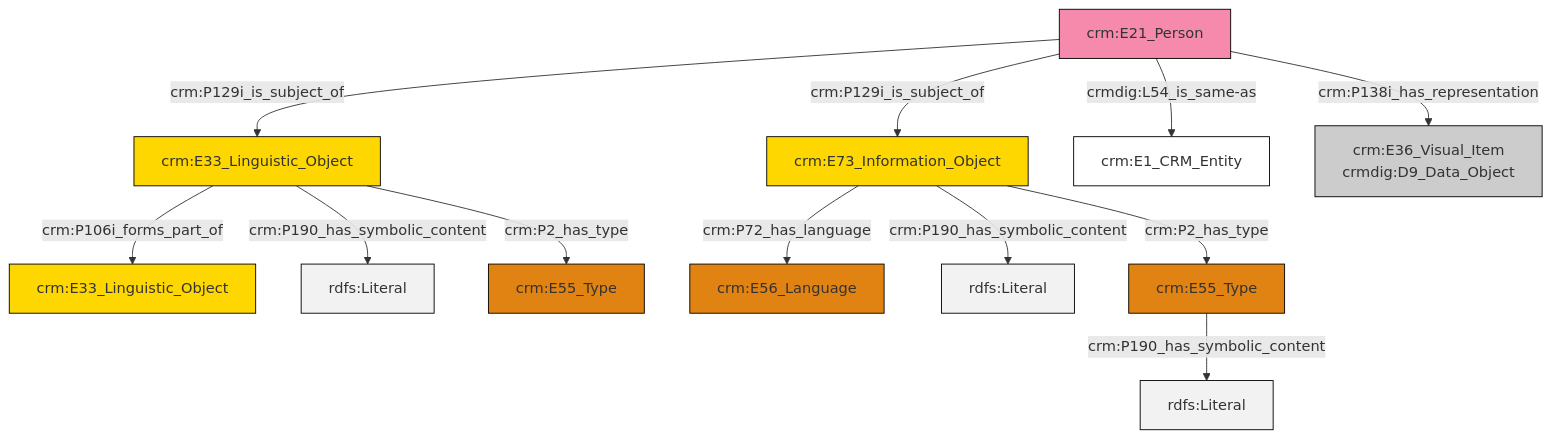
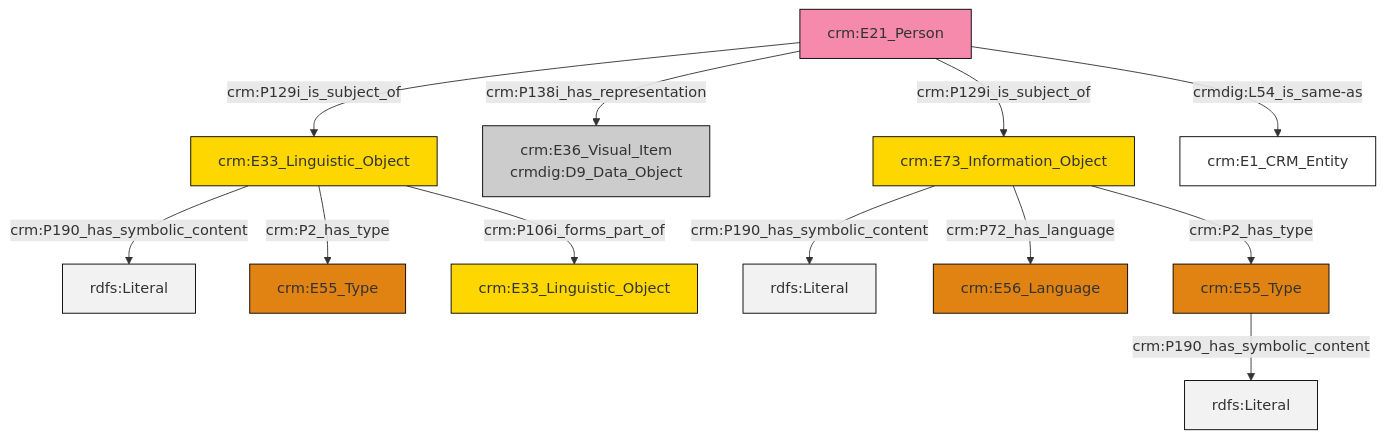
One commit to swiss-art-research-net/reference-data-models changed the diagram in et/personCSV/ttl/mmd/Person_Documentation.ttl.mmd. Above: the diagram before and after it, drawn with Mermaid. The commit also changed 124 other files, not shown here.

```diff
--- a/et/personCSV/ttl/mmd/Person_Documentation.ttl.mmd
+++ b/et/personCSV/ttl/mmd/Person_Documentation.ttl.mmd
@@ -1,26 +1,26 @@
 graph TD
 classDef Literal fill:#f2f2f2,stroke:#000000;
 classDef CRM_Entity fill:#FFFFFF,stroke:#000000;
 classDef Temporal_Entity fill:#00C9E6, stroke:#000000;
 classDef Type fill:#E18312, stroke:#000000;
 classDef Time-Span fill:#2C9C91, stroke:#000000;
 classDef Appellation fill:#FFEB7F, stroke:#000000;
 classDef Place fill:#008836, stroke:#000000;
 classDef Persistent_Item fill:#B266B2, stroke:#000000;
 classDef Conceptual_Object fill:#FFD700, stroke:#000000;
 classDef Physical_Thing fill:#D2B48C, stroke:#000000;
 classDef Actor fill:#f58aad, stroke:#000000;
 classDef PC_Classes fill:#4ce600, stroke:#000000;
 classDef Multi fill:#cccccc,stroke:#000000;
 
-0["crm:E55_Type"]:::Type -->|crm:P190_has_symbolic_content| 1[rdfs:Literal]:::Literal
-4["crm:E33_Linguistic_Object"]:::Conceptual_Object -->|crm:P106i_forms_part_of| 5["crm:E33_Linguistic_Object"]:::Conceptual_Object
-6["crm:E73_Information_Object"]:::Conceptual_Object -->|crm:P72_has_language| 7["crm:E56_Language"]:::Type
-4["crm:E33_Linguistic_Object"]:::Conceptual_Object -->|crm:P190_has_symbolic_content| 14[rdfs:Literal]:::Literal
-6["crm:E73_Information_Object"]:::Conceptual_Object -->|crm:P190_has_symbolic_content| 15[rdfs:Literal]:::Literal
-9["crm:E21_Person"]:::Actor -->|crm:P129i_is_subject_of| 4["crm:E33_Linguistic_Object"]:::Conceptual_Object
-6["crm:E73_Information_Object"]:::Conceptual_Object -->|crm:P2_has_type| 0["crm:E55_Type"]:::Type
-9["crm:E21_Person"]:::Actor -->|crm:P129i_is_subject_of| 6["crm:E73_Information_Object"]:::Conceptual_Object
-9["crm:E21_Person"]:::Actor -->|crmdig:L54_is_same-as| 18["crm:E1_CRM_Entity"]:::CRM_Entity
-9["crm:E21_Person"]:::Actor -->|crm:P138i_has_representation| 2["crm:E36_Visual_Item<br>crmdig:D9_Data_Object"]:::Multi
-4["crm:E33_Linguistic_Object"]:::Conceptual_Object -->|crm:P2_has_type| 12["crm:E55_Type"]:::Type
+0["crm:E73_Information_Object"]:::Conceptual_Object -->|crm:P190_has_symbolic_content| 1[rdfs:Literal]:::Literal
+2["crm:E21_Person"]:::Actor -->|crm:P129i_is_subject_of| 3["crm:E33_Linguistic_Object"]:::Conceptual_Object
+3["crm:E33_Linguistic_Object"]:::Conceptual_Object -->|crm:P190_has_symbolic_content| 4[rdfs:Literal]:::Literal
+2["crm:E21_Person"]:::Actor -->|crm:P138i_has_representation| 12["crm:E36_Visual_Item<br>crmdig:D9_Data_Object"]:::Multi
+13["crm:E55_Type"]:::Type -->|crm:P190_has_symbolic_content| 14[rdfs:Literal]:::Literal
+2["crm:E21_Person"]:::Actor -->|crm:P129i_is_subject_of| 0["crm:E73_Information_Object"]:::Conceptual_Object
+3["crm:E33_Linguistic_Object"]:::Conceptual_Object -->|crm:P2_has_type| 10["crm:E55_Type"]:::Type
+3["crm:E33_Linguistic_Object"]:::Conceptual_Object -->|crm:P106i_forms_part_of| 15["crm:E33_Linguistic_Object"]:::Conceptual_Object
+0["crm:E73_Information_Object"]:::Conceptual_Object -->|crm:P72_has_language| 7["crm:E56_Language"]:::Type
+0["crm:E73_Information_Object"]:::Conceptual_Object -->|crm:P2_has_type| 13["crm:E55_Type"]:::Type
+2["crm:E21_Person"]:::Actor -->|crmdig:L54_is_same-as| 5["crm:E1_CRM_Entity"]:::CRM_Entity
```
